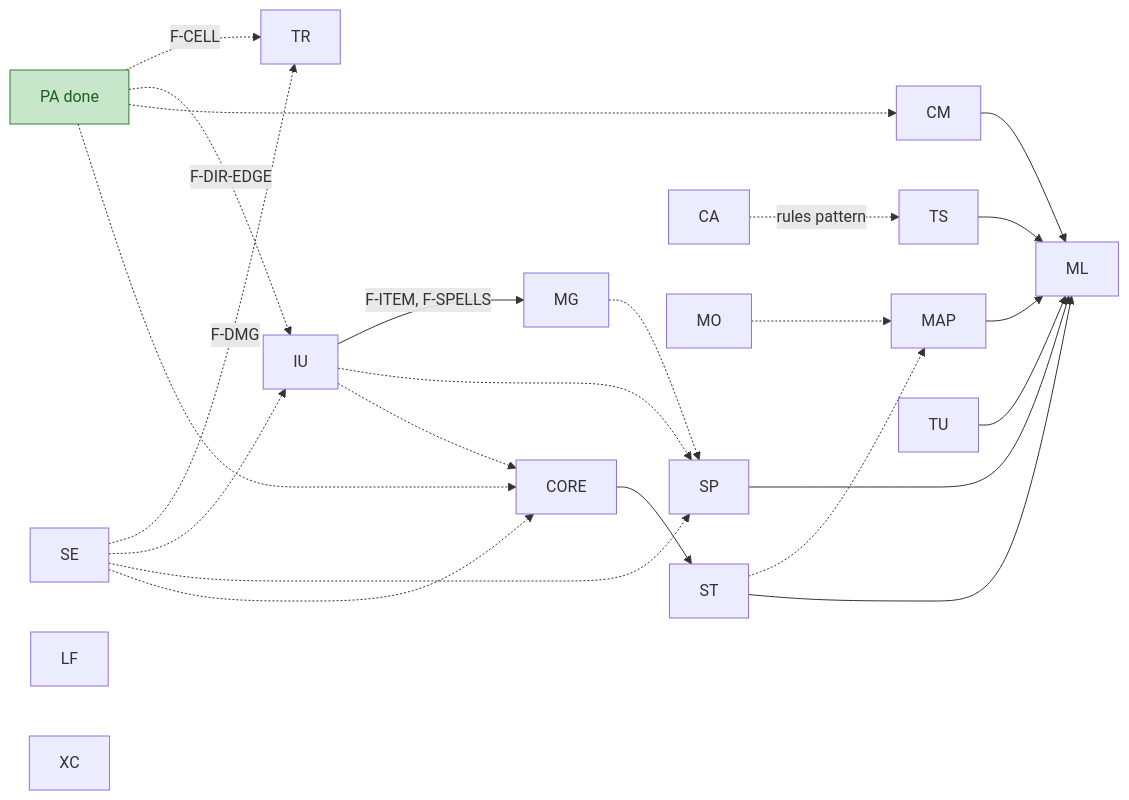
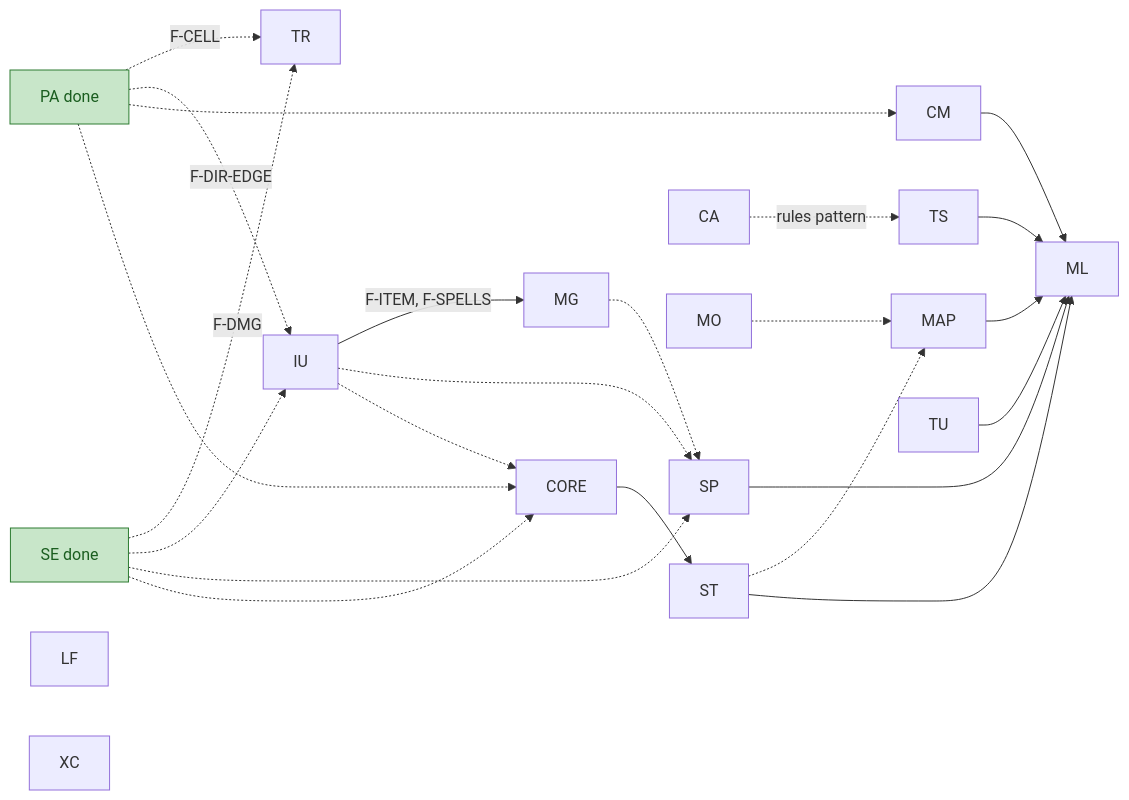
One commit to lollek/omoria changed the diagram in docs/migration/backlog.md. Above: the diagram before and after it, drawn with Mermaid. The commit also changed other lines of this file and 3 other files, not shown here.

````diff
--- a/docs/migration/backlog.md
+++ b/docs/migration/backlog.md
@@ -211,29 +211,29 @@
 ```mermaid
 graph LR
   PA[PA done] -.->|F-CELL| TR
-  SE -.->|F-DMG| TR
+  SE[SE done] -.->|F-DMG| TR
   PA -.->|F-DIR-EDGE| IU
   SE -.-> IU
   IU -->|F-ITEM, F-SPELLS| MG
   MG -.-> SP
   IU -.-> SP
   SE -.-> SP
   CA -.->|rules pattern| TS
   MO -.-> MAP
   ST -.-> MAP
   PA -.-> CM
   IU -.-> CORE
   PA -.-> CORE
   SE -.-> CORE
   CORE --> ST
   TU --> ML
   SP --> ML
   CM --> ML
   MAP --> ML
   ST --> ML
   TS --> ML
   LF
   XC
   classDef done fill:#c8e6c9,stroke:#2e7d32,color:#1b5e20
-  class PA done
+  class PA,SE done
 ```
````
